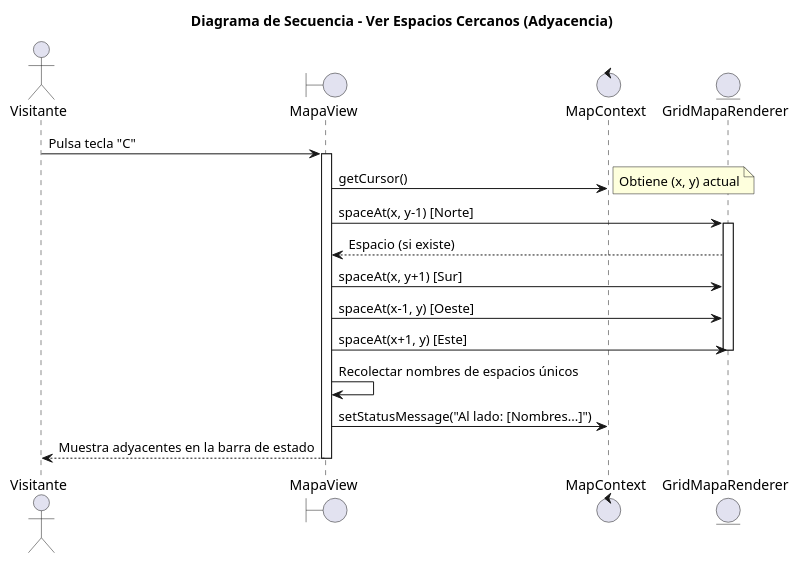
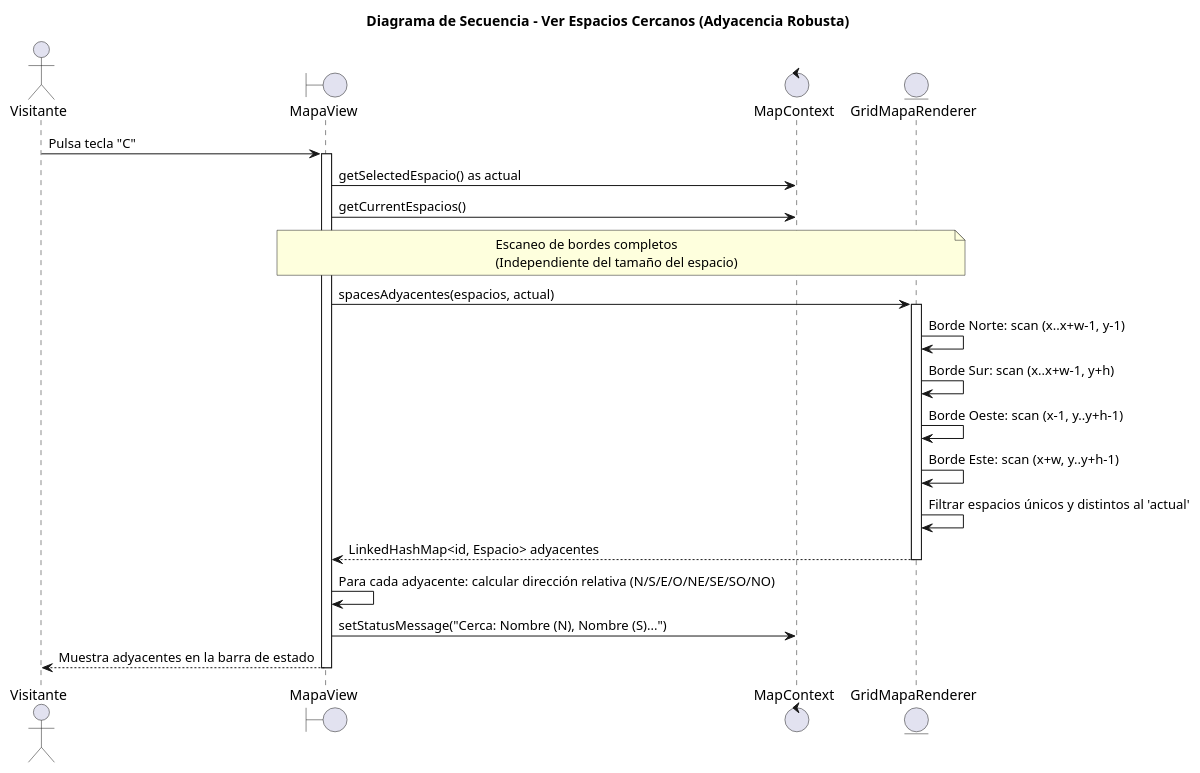
One commit to mmasias/25-26-idsw2-sdVC changed the diagram in modelosUML/02-diseño/01-Visitante/verEspaciosCercanos/secuencia.puml. Above: the diagram before and after it, drawn with PlantUML. The commit also changed 1 other file, not shown here.

Commit message:
refactor(desing): update view nearby spaces

```diff
--- a/modelosUML/02-diseño/01-Visitante/verEspaciosCercanos/secuencia.puml
+++ b/modelosUML/02-diseño/01-Visitante/verEspaciosCercanos/secuencia.puml
@@ -1,28 +1,34 @@
 @startuml
-title "Diagrama de Secuencia - Ver Espacios Cercanos (Adyacencia)"
+title "Diagrama de Secuencia - Ver Espacios Cercanos (Adyacencia Robusta)"
 
 actor "Visitante" as visitor
 boundary "MapaView" as view
 control "MapContext" as context
 entity "GridMapaRenderer" as renderer
 
 visitor -> view: Pulsa tecla "C"
 activate view
 
-view -> context: getCursor()
-note right: Obtiene (x, y) actual
+view -> context: getSelectedEspacio() as actual
+view -> context: getCurrentEspacios()
 
-view -> renderer: spaceAt(x, y-1) [Norte]
+note over view, renderer: Escaneo de bordes completos\n(Independiente del tamaño del espacio)
+
+view -> renderer: spacesAdyacentes(espacios, actual)
 activate renderer
-renderer --> view: Espacio (si existe)
-view -> renderer: spaceAt(x, y+1) [Sur]
-view -> renderer: spaceAt(x-1, y) [Oeste]
-view -> renderer: spaceAt(x+1, y) [Este]
+
+renderer -> renderer: Borde Norte: scan (x..x+w-1, y-1)
+renderer -> renderer: Borde Sur: scan (x..x+w-1, y+h)
+renderer -> renderer: Borde Oeste: scan (x-1, y..y+h-1)
+renderer -> renderer: Borde Este: scan (x+w, y..y+h-1)
+
+renderer -> renderer: Filtrar espacios únicos y distintos al 'actual'
+renderer --> view: LinkedHashMap<id, Espacio> adyacentes
 deactivate renderer
 
-view -> view: Recolectar nombres de espacios únicos
-view -> context: setStatusMessage("Al lado: [Nombres...]")
+view -> view: Para cada adyacente: calcular dirección relativa (N/S/E/O/NE/SE/SO/NO)
+view -> context: setStatusMessage("Cerca: Nombre (N), Nombre (S)...")
 view --> visitor: Muestra adyacentes en la barra de estado
 deactivate view
 
 @enduml
```
